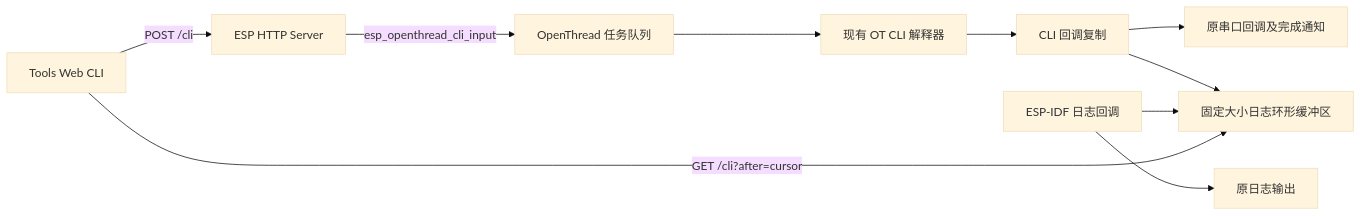
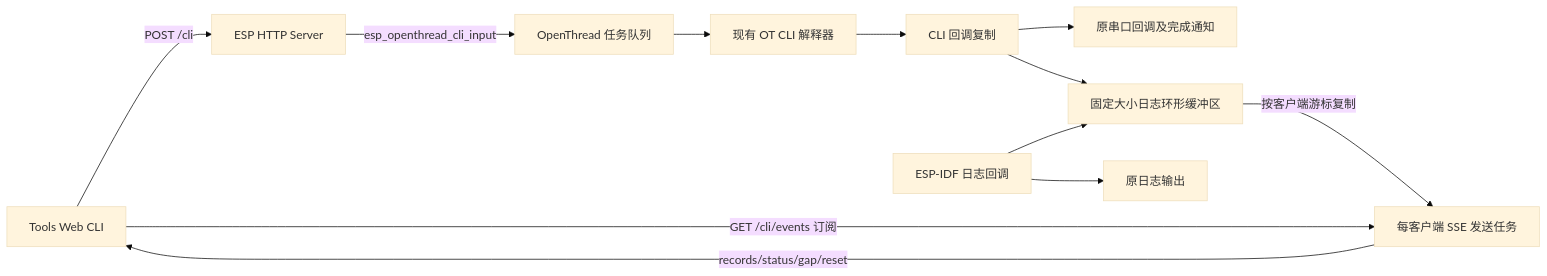
Before and after one commit to Siflorite/esp-thread-br: the diagram in docs/webui-web-cli.md, drawn with Mermaid (base theme). The commit also changed other lines of this file and 28 other files, not shown here.

````diff
--- a/docs/webui-web-cli.md
+++ b/docs/webui-web-cli.md
@@ -51,12 +50,14 @@
 ```mermaid
 flowchart LR
     UI[Tools Web CLI] -->|POST /cli| HTTP[ESP HTTP Server]
     HTTP -->|esp_openthread_cli_input| Queue[OpenThread 任务队列]
     Queue --> Interpreter[现有 OT CLI 解释器]
     Interpreter --> Tee[CLI 回调复制]
     Tee --> Serial[原串口回调及完成通知]
     Tee --> Ring[固定大小日志环形缓冲区]
     Log[ESP-IDF 日志回调] --> Ring
     Log --> Console[原日志输出]
-    UI -->|GET /cli?after=cursor| Ring
+    UI -->|GET /cli/events 订阅| SSE[每客户端 SSE 发送任务]
+    Ring -->|按客户端游标复制| SSE
+    SSE -->|records/status/gap/reset| UI
 ```
````
